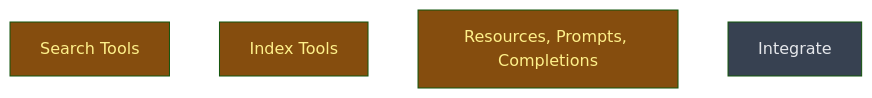
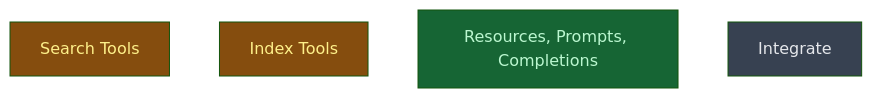
One commit to CrackingShells/colgrep-mcp changed the diagram in __roadmap__/colgrep_mcp/build/tools/README.md. Above: the diagram before and after it, drawn with Mermaid (forest theme). The commit also changed other lines of this file and 1 other file, not shown here.

Commit message:
docs(roadmap): mark resources_prompts done

````diff
--- a/__roadmap__/colgrep_mcp/build/tools/README.md
+++ b/__roadmap__/colgrep_mcp/build/tools/README.md
@@ -17,12 +17,12 @@
 ```mermaid
 graph TD
     search_tools[Search Tools]:::inprogress
     index_tools[Index Tools]:::inprogress
-    resources_prompts[Resources, Prompts, Completions]:::inprogress
+    resources_prompts[Resources, Prompts, Completions]:::done
     integrate[Integrate]:::planned
     classDef done       fill:#166534,color:#bbf7d0
     classDef inprogress fill:#854d0e,color:#fef08a
     classDef planned    fill:#374151,color:#e5e7eb
     classDef amendment  fill:#1e3a5f,color:#bfdbfe
     classDef blocked    fill:#7f1d1d,color:#fecaca
 ```
````
